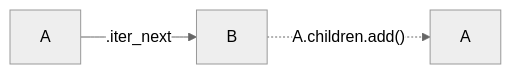
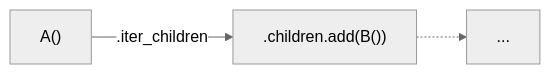
One commit to rlayers/pawpaw changed the third of 11 diagrams in docs/4. Arborform.md. Above: the diagram before and after it, drawn with Mermaid (neutral theme). The commit also changed other lines of this file, not shown here.

Commit message:
Improved flow diagrams

````diff
--- a/docs/4. Arborform.md
+++ b/docs/4. Arborform.md
@@ -120,5 +121,5 @@
 ```mermaid
 flowchart LR
-  A -->|".iter_next"| B
-  B -.->|"A.children.add()"| C["A"]
+  A["A()"] -->|".iter_children"| B[".children.add(B())"]
+  B -.-> D[...]
 ```
````
